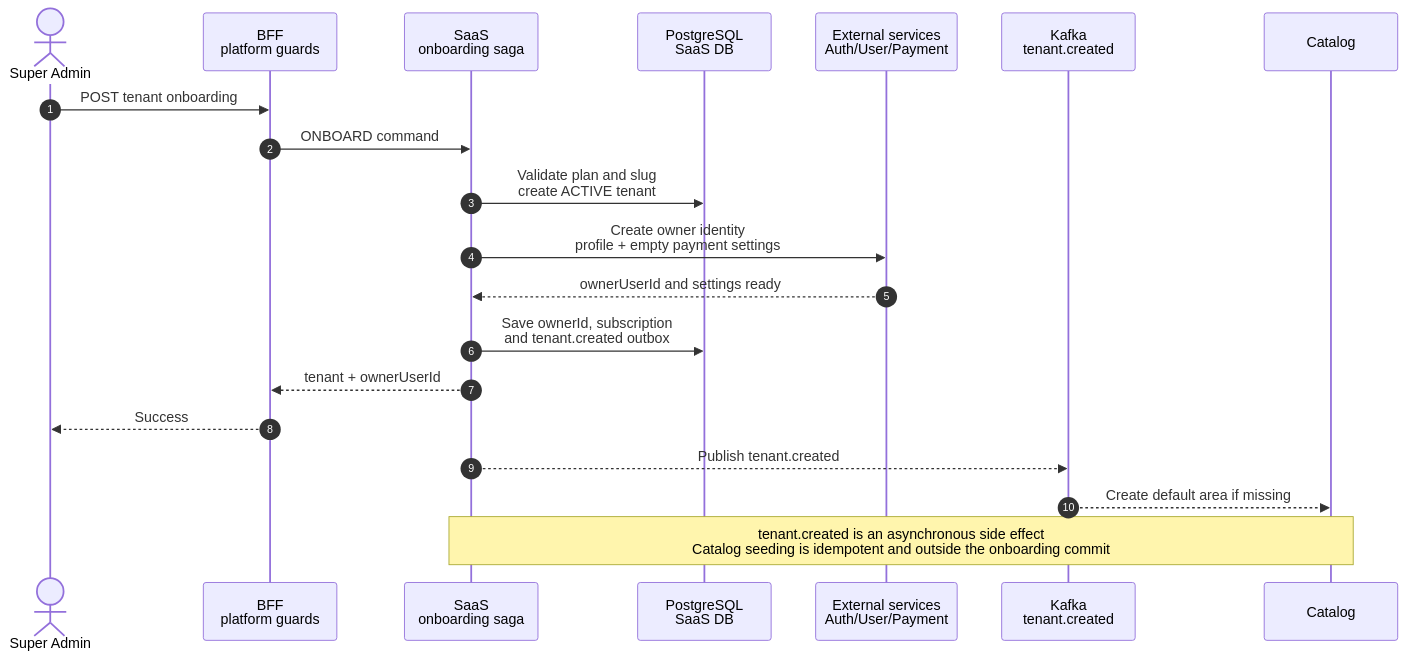
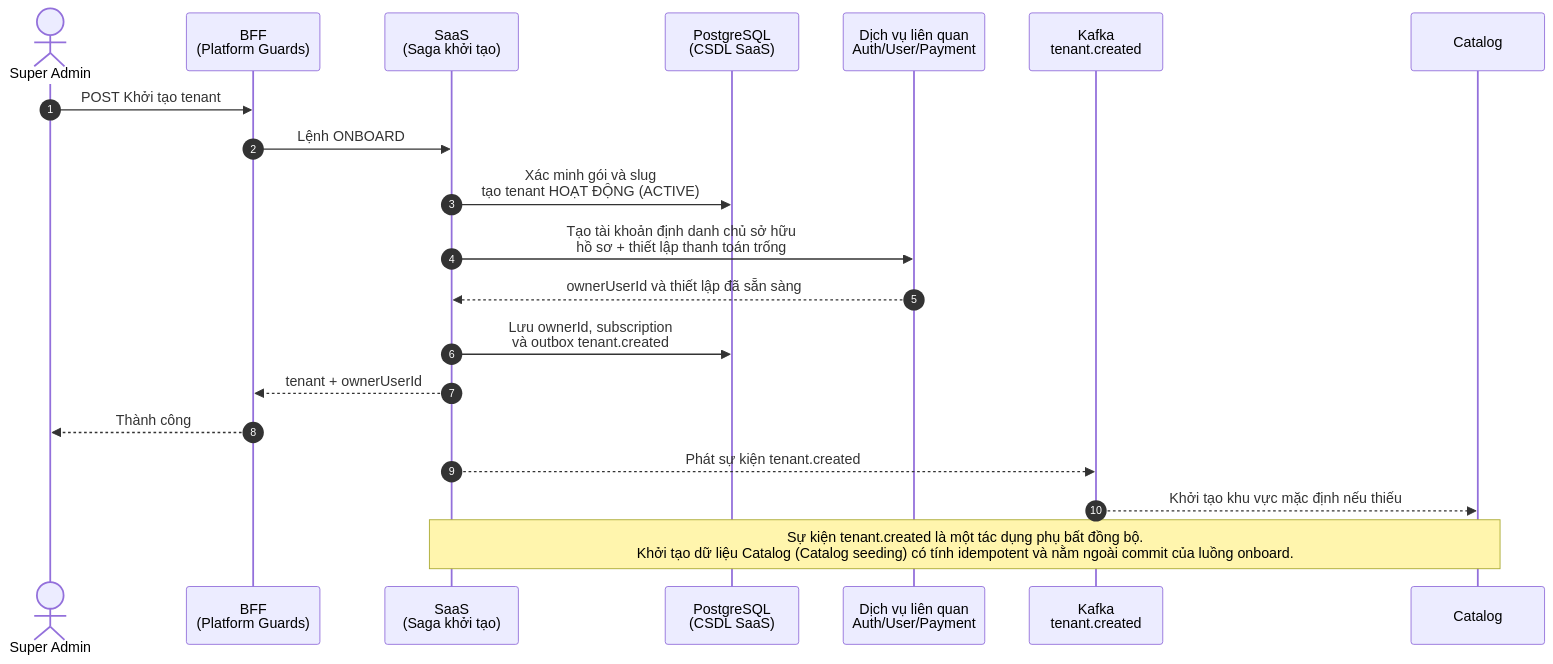
One commit to quan-vo-dinh/saas-pos-microservices-qrtable changed the diagram in docs/graduation-thesis-resources/thesis-report/assets/diagrams/chapter5-saas-provisioning-boundary.mmd. Above: the diagram before and after it, drawn with Mermaid. The commit also changed other lines of this file and 98 other files, not shown here.

```diff
--- a/docs/graduation-thesis-resources/thesis-report/assets/diagrams/chapter5-saas-provisioning-boundary.mmd
+++ b/docs/graduation-thesis-resources/thesis-report/assets/diagrams/chapter5-saas-provisioning-boundary.mmd
@@ -1,22 +1,22 @@
 sequenceDiagram
   autonumber
   actor Admin as Super Admin
-  participant BFF as BFF<br/>platform guards
-  participant SaaS as SaaS<br/>onboarding saga
-  participant SDB as PostgreSQL<br/>SaaS DB
-  participant Contracts as External services<br/>Auth/User/Payment
+  participant BFF as BFF<br/>(Platform Guards)
+  participant SaaS as SaaS<br/>(Saga khởi tạo)
+  participant SDB as PostgreSQL<br/>(CSDL SaaS)
+  participant Contracts as Dịch vụ liên quan<br/>Auth/User/Payment
   participant Kafka as Kafka<br/>tenant.created
   participant Catalog as Catalog
 
-  Admin->>BFF: POST tenant onboarding
-  BFF->>SaaS: ONBOARD command
-  SaaS->>SDB: Validate plan and slug<br/>create ACTIVE tenant
-  SaaS->>Contracts: Create owner identity<br/>profile + empty payment settings
-  Contracts-->>SaaS: ownerUserId and settings ready
-  SaaS->>SDB: Save ownerId, subscription<br/>and tenant.created outbox
+  Admin->>BFF: POST Khởi tạo tenant
+  BFF->>SaaS: Lệnh ONBOARD
+  SaaS->>SDB: Xác minh gói và slug<br/>tạo tenant HOẠT ĐỘNG (ACTIVE)
+  SaaS->>Contracts: Tạo tài khoản định danh chủ sở hữu<br/>hồ sơ + thiết lập thanh toán trống
+  Contracts-->>SaaS: ownerUserId và thiết lập đã sẵn sàng
+  SaaS->>SDB: Lưu ownerId, subscription<br/>và outbox tenant.created
   SaaS-->>BFF: tenant + ownerUserId
-  BFF-->>Admin: Success
-  SaaS-->>Kafka: Publish tenant.created
-  Kafka-->>Catalog: Create default area if missing
+  BFF-->>Admin: Thành công
+  SaaS-->>Kafka: Phát sự kiện tenant.created
+  Kafka-->>Catalog: Khởi tạo khu vực mặc định nếu thiếu
 
-  Note over SaaS,Catalog: tenant.created is an asynchronous side effect<br/>Catalog seeding is idempotent and outside the onboarding commit
+  Note over SaaS,Catalog: Sự kiện tenant.created là một tác dụng phụ bất đồng bộ.<br/>Khởi tạo dữ liệu Catalog (Catalog seeding) có tính idempotent và nằm ngoài commit của luồng onboard.
```
